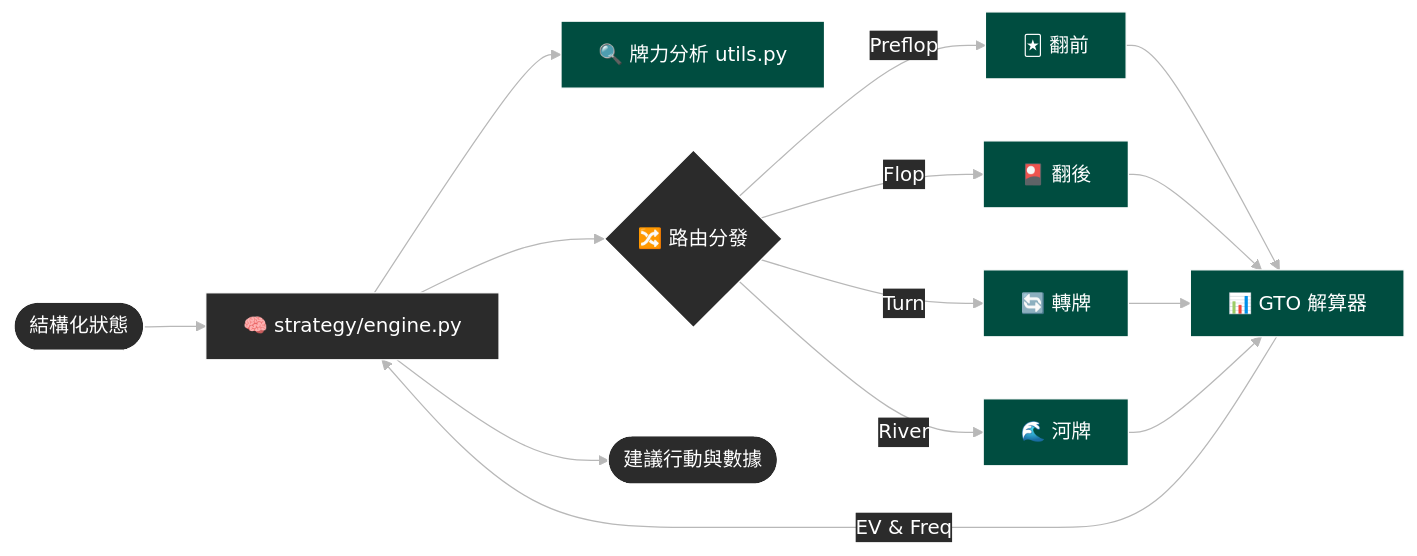
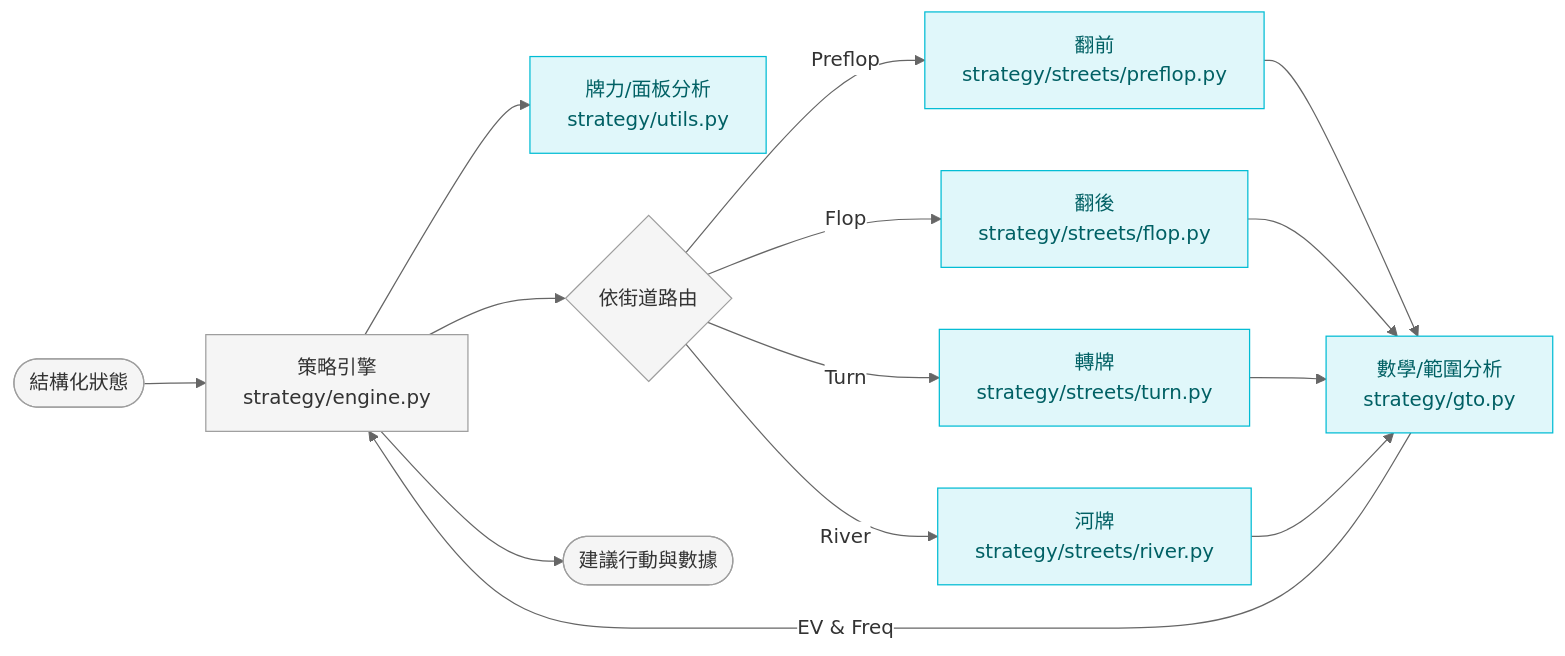
One commit to darkloudddd/my-poker-coach changed the third of 5 diagrams in project_workflow.md. Above: the diagram before and after it, drawn with Mermaid. The commit also changed other lines of this file, not shown here.

Commit message:
Add system architecture documentation and diagrams

````diff
--- a/project_workflow.md
+++ b/project_workflow.md
@@ -61,21 +65,21 @@
 ```mermaid
-%%{init: {'theme': 'base', 'themeVariables': { 'primaryColor': '#2b2b2b', 'primaryTextColor': '#fff', 'lineColor': '#b8b8b8', 'edgeLabelBackground': '#2b2b2b', 'tertiaryTextColor': '#fff'}}}%%
+%%{init: {'theme': 'base', 'themeVariables': { 'primaryColor': '#fcfcfc', 'primaryTextColor': '#333', 'lineColor': '#666', 'edgeLabelBackground': '#ffffff'}}}%%
 graph LR
-    State([結構化狀態]) --> Engine[🧠 strategy/engine.py]
+    State([結構化狀態]) --> Engine[策略引擎<br/>strategy/engine.py]
     
-    Engine --> Analyzer[🔍 牌力分析 utils.py]
+    Engine --> Analyzer[牌力/面板分析<br/>strategy/utils.py]
     
-    Engine --> Router{🔀 路由分發}
-    Router -->|Preflop| Pre[🃏 翻前]
-    Router -->|Flop| Flop[🎴 翻後]
-    Router -->|Turn| Turn[🔄 轉牌]
-    Router -->|River| River[🌊 河牌]
+    Engine --> Router{依街道路由}
+    Router -->|Preflop| Pre[翻前<br/>strategy/streets/preflop.py]
+    Router -->|Flop| Flop[翻後<br/>strategy/streets/flop.py]
+    Router -->|Turn| Turn[轉牌<br/>strategy/streets/turn.py]
+    Router -->|River| River[河牌<br/>strategy/streets/river.py]
     
-    Pre & Flop & Turn & River --> GTO[📊 GTO 解算器]
+    Pre & Flop & Turn & River --> GTO[數學/範圍分析<br/>strategy/gto.py]
     GTO -->|EV & Freq| Engine
     Engine --> Result([建議行動與數據])
 
-    classDef default fill:#2b2b2b,stroke:#fff,color:#fff;
-    classDef logic fill:#004d40,stroke:#fff,color:#fff;
+    classDef default fill:#f5f5f5,stroke:#9e9e9e,stroke-width:1px,color:#333;
+    classDef logic fill:#e0f7fa,stroke:#00bcd4,stroke-width:1px,color:#006064;
     class Pre,Flop,Turn,River,Analyzer,GTO logic;
 ```
````
